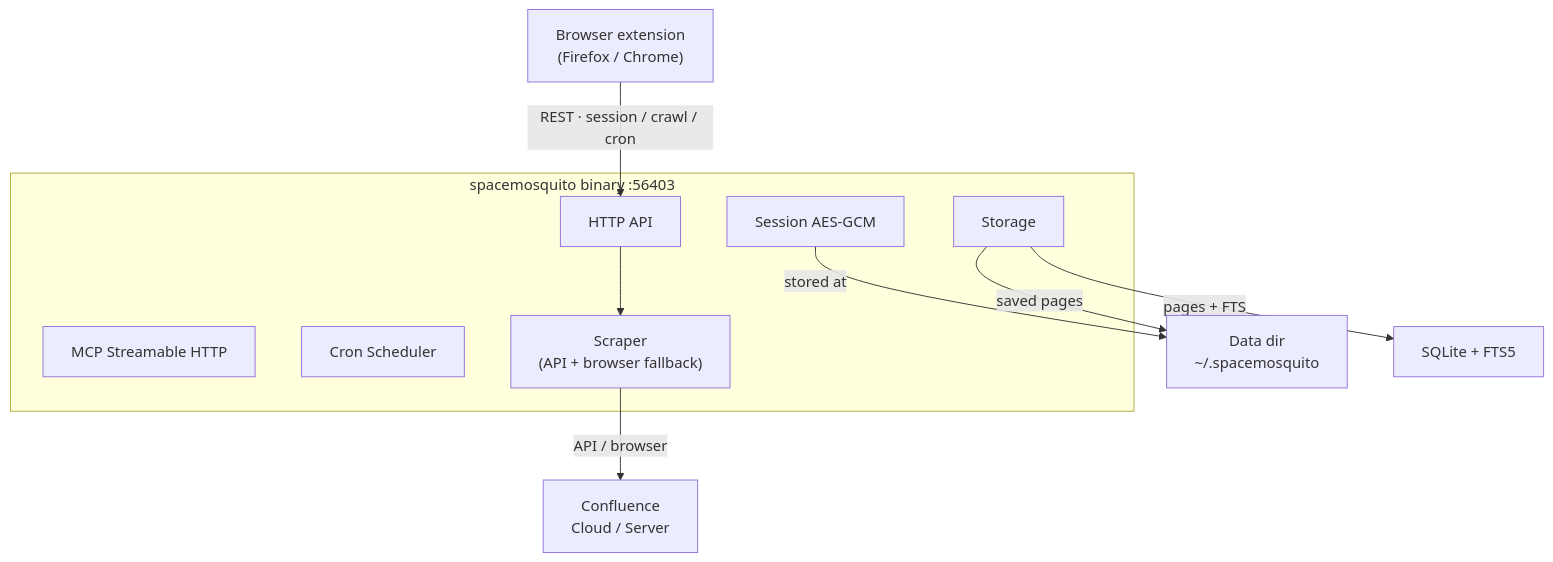
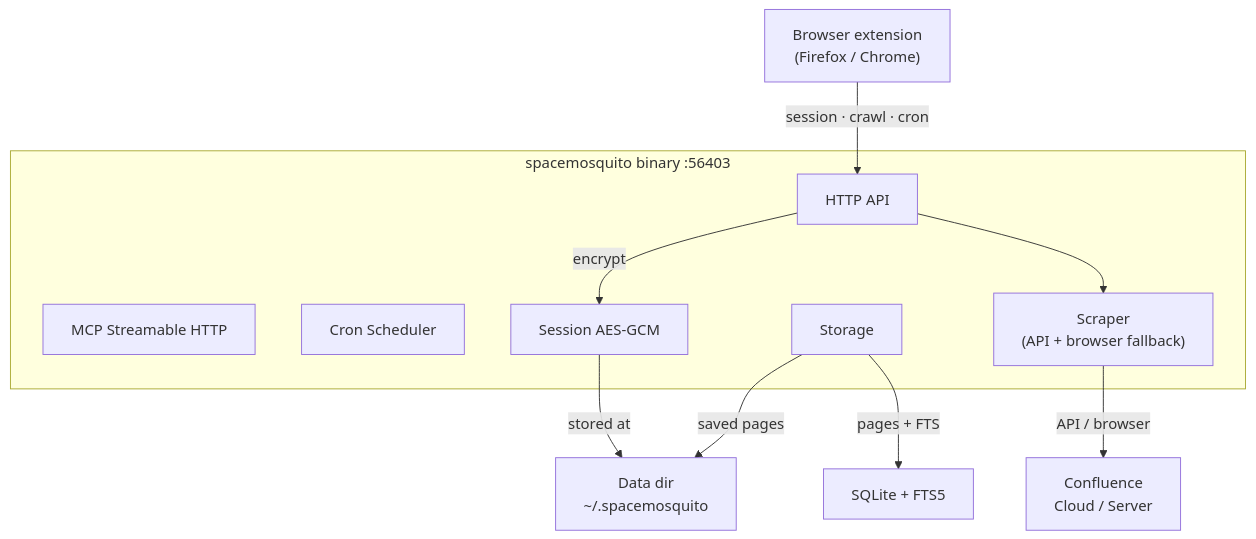
The diagram in docs/ARCHITECTURE.md (infomosquitos/SpaceMosquito), drawn with Mermaid before and after one commit.

Commit message:
another arch doc fix

````diff
--- a/docs/ARCHITECTURE.md
+++ b/docs/ARCHITECTURE.md
@@ -14,23 +14,24 @@
 ```mermaid
 flowchart TB
   ext["Browser extension<br/>(Firefox / Chrome)"]
 
   subgraph binary["spacemosquito binary :56403"]
     mcp["MCP Streamable HTTP"]
     api["HTTP API"]
     cron["Cron Scheduler"]
     storage["Storage"]
     scraper["Scraper<br/>(API + browser fallback)"]
     session["Session AES-GCM"]
   end
 
   disk["Data dir<br/>~/.spacemosquito"]
   db["SQLite + FTS5"]
 
-  ext -->|"REST · session / crawl / cron"| api
+  ext -->|"session · crawl · cron"| api
+  api -->|"encrypt"| session
   api --> scraper
   storage -->|"saved pages"| disk
   storage -->|"pages + FTS"| db
   session -->|"stored at"| disk
   scraper -->|"API / browser"| confluence["Confluence<br/>Cloud / Server"]
 ```
````
